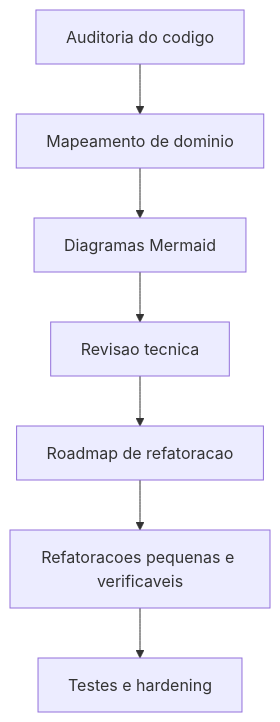
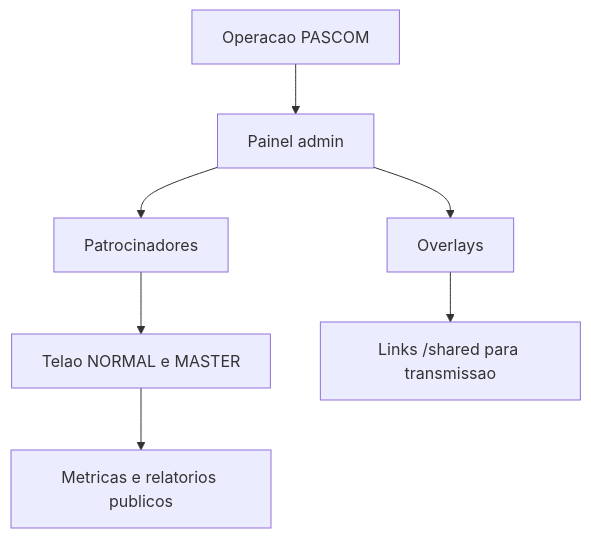
The diagram in docs/README.md (victorpessoa-dev/pascom-stream-view), drawn with Mermaid before and after one commit. The commit also changed other lines of this file and 22 other files, not shown here.

````diff
--- a/docs/README.md
+++ b/docs/README.md
@@ -26,9 +28,9 @@
 ```mermaid
 flowchart TD
-  A[Auditoria do codigo] --> B[Mapeamento de dominio]
-  B --> C[Diagramas Mermaid]
-  C --> D[Revisao tecnica]
-  D --> E[Roadmap de refatoracao]
-  E --> F[Refatoracoes pequenas e verificaveis]
-  F --> G[Testes e hardening]
+  A[Operacao PASCOM] --> B[Painel admin]
+  B --> C[Patrocinadores]
+  B --> D[Overlays]
+  C --> E[Telao NORMAL e MASTER]
+  E --> F[Metricas e relatorios publicos]
+  D --> G[Links /shared para transmissao]
 ```
````
